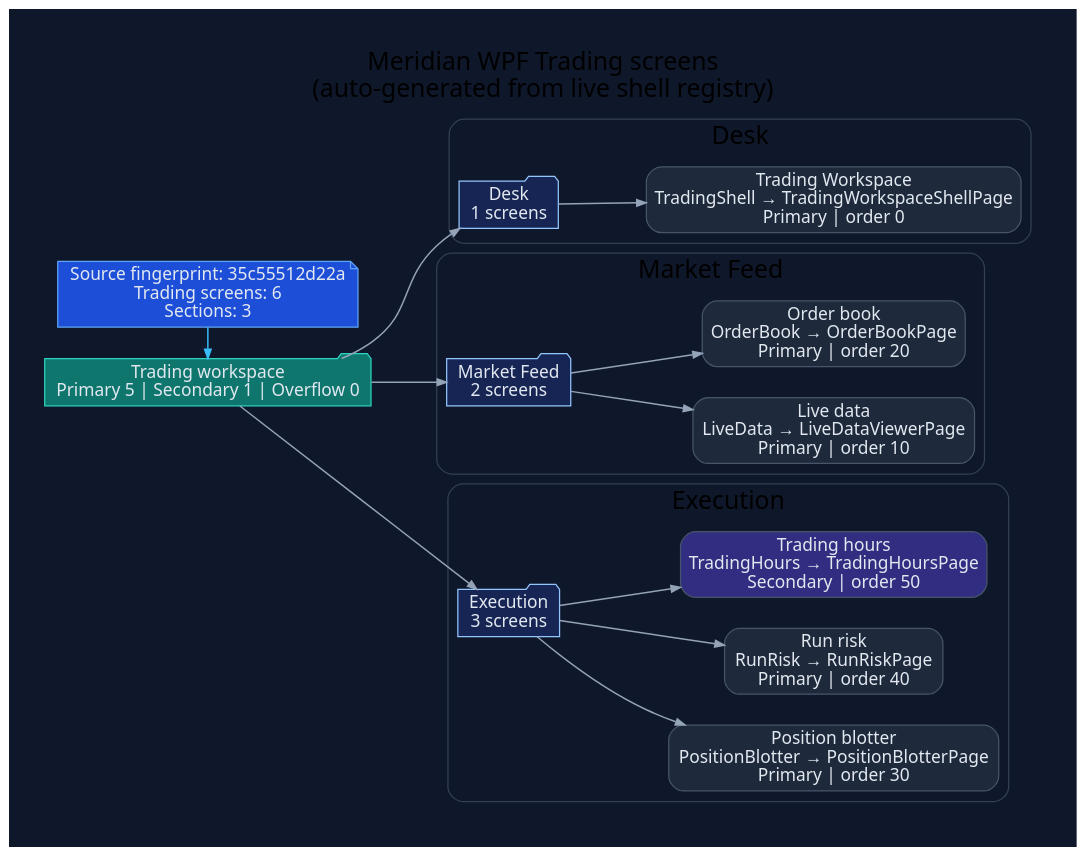
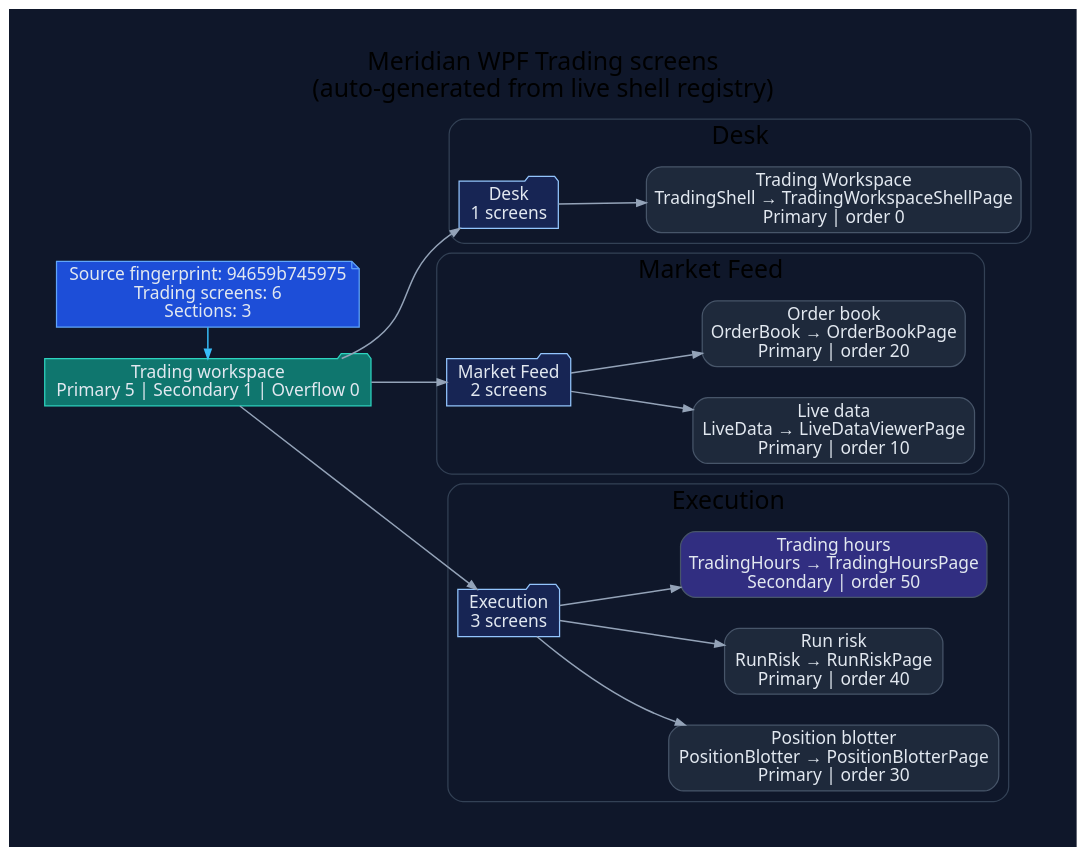
The diagram in docs/diagrams/ui/ui-wpf-screens-trading.dot (rodoHasArrived/Meridian-main), drawn with Graphviz before and after one commit. The commit also changed 68 other files, not shown here.

```diff
--- a/docs/diagrams/ui/ui-wpf-screens-trading.dot
+++ b/docs/diagrams/ui/ui-wpf-screens-trading.dot
@@ -1,62 +1,62 @@
 // -----------------------------------------------------------------------------
 // <auto-generated>
 // Generated by scripts/generate-diagrams.mjs.
 // Do not edit this file directly; update the WPF source files instead.
 // -----------------------------------------------------------------------------
 digraph WpfTradingScreens {
   graph [
     rankdir=LR,
     labelloc=t,
     label="Meridian WPF Trading screens\n(auto-generated from live shell registry)",
     fontname="Segoe UI",
     fontsize=20,
     pad=0.4,
     nodesep=0.35,
     ranksep=0.85,
     bgcolor="#0f172a"
   ];
   node [fontname="Segoe UI", shape=box, style="rounded,filled", color="#475569", fontcolor="#e2e8f0", fillcolor="#1e293b"];
   edge [fontname="Segoe UI", color="#94a3b8", penwidth=1.2, arrowsize=0.75];
 
-  generated [shape=note, fillcolor="#1d4ed8", color="#60a5fa", label="Source fingerprint: 35c55512d22a\nTrading screens: 6\nSections: 3"];
+  generated [shape=note, fillcolor="#1d4ed8", color="#60a5fa", label="Source fingerprint: 94659b745975\nTrading screens: 6\nSections: 3"];
   workspace [shape=folder, fillcolor="#0f766e", color="#2dd4bf", label="Trading workspace\nPrimary 5 | Secondary 1 | Overflow 0"];
   generated -> workspace [color="#38bdf8"];
 
   subgraph cluster_section_1 {
     label="Desk";
     color="#334155";
     style="rounded";
     section_1 [shape=folder, fillcolor="#172554", color="#93c5fd", label="Desk\n1 screens"];
     workspace -> section_1;
     screen_TradingShell [fillcolor="#1e293b", label="Trading Workspace\nTradingShell → TradingWorkspaceShellPage\nPrimary | order 0"];
     section_1 -> screen_TradingShell;
   }
 
   subgraph cluster_section_2 {
     label="Market Feed";
     color="#334155";
     style="rounded";
     section_2 [shape=folder, fillcolor="#172554", color="#93c5fd", label="Market Feed\n2 screens"];
     workspace -> section_2;
     screen_LiveData [fillcolor="#1e293b", label="Live data\nLiveData → LiveDataViewerPage\nPrimary | order 10"];
     section_2 -> screen_LiveData;
     screen_OrderBook [fillcolor="#1e293b", label="Order book\nOrderBook → OrderBookPage\nPrimary | order 20"];
     section_2 -> screen_OrderBook;
   }
 
   subgraph cluster_section_3 {
     label="Execution";
     color="#334155";
     style="rounded";
     section_3 [shape=folder, fillcolor="#172554", color="#93c5fd", label="Execution\n3 screens"];
     workspace -> section_3;
     screen_PositionBlotter [fillcolor="#1e293b", label="Position blotter\nPositionBlotter → PositionBlotterPage\nPrimary | order 30"];
     section_3 -> screen_PositionBlotter;
     screen_RunRisk [fillcolor="#1e293b", label="Run risk\nRunRisk → RunRiskPage\nPrimary | order 40"];
     section_3 -> screen_RunRisk;
     screen_TradingHours [fillcolor="#312e81", label="Trading hours\nTradingHours → TradingHoursPage\nSecondary | order 50"];
     section_3 -> screen_TradingHours;
   }
 
   { rank=min; generated; workspace; }
 }
```
